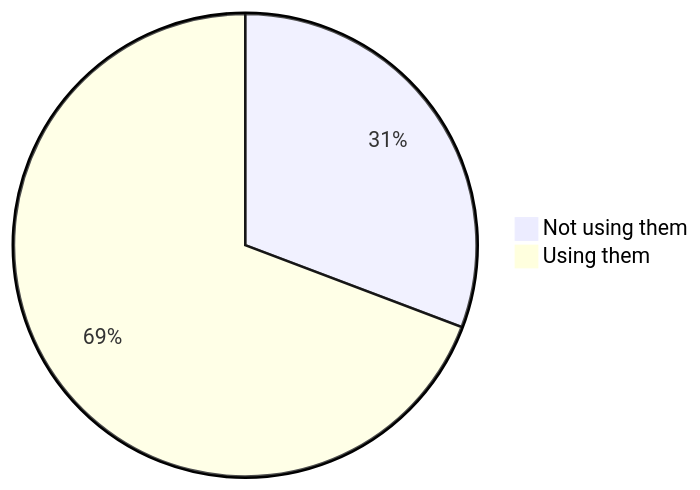
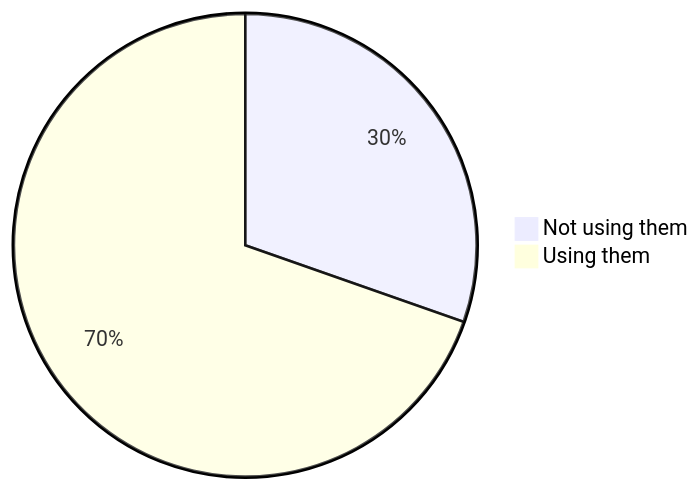
Before and after one commit to oshp/oshp-stats: the first of 22 diagrams in stats.md, drawn with Mermaid. The commit also changed other lines of this file, not shown here.

````diff
--- a/stats.md
+++ b/stats.md
@@ -10,6 +10,6 @@
 ```mermaid
 pie
-	"Not using them" : 30.75
-	"Using them" : 69.25
+	"Not using them" : 30.37
+	"Using them" : 69.63
 
 ```
````
